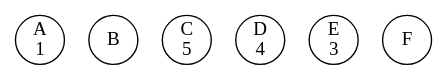
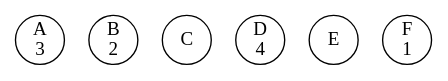
One commit to li23179/GO changed the diagram in concurrency-lab-2/bank/out/0000000003.gv. Above: the diagram before and after it, drawn with Graphviz. The commit also changed 24 other files, not shown here.

```diff
--- a/concurrency-lab-2/bank/out/0000000003.gv
+++ b/concurrency-lab-2/bank/out/0000000003.gv
@@ -1,8 +1,8 @@
 digraph bank {
-	 0 [label= "A\n1" , pos= "1,0!" , shape=circle, fixedsize=true, width=0.5 ]
-	 1 [label= "B\n" , pos= "0,1!" , shape=circle, fixedsize=true, width=0.5 ]
-	 2 [label= "C\n5" , pos= "1,2!" , shape=circle, fixedsize=true, width=0.5 ]
+	 0 [label= "A\n3" , pos= "1,0!" , shape=circle, fixedsize=true, width=0.5 ]
+	 1 [label= "B\n2" , pos= "0,1!" , shape=circle, fixedsize=true, width=0.5 ]
+	 2 [label= "C\n" , pos= "1,2!" , shape=circle, fixedsize=true, width=0.5 ]
 	 3 [label= "D\n4" , pos= "2,2!" , shape=circle, fixedsize=true, width=0.5 ]
-	 4 [label= "E\n3" , pos= "3,1!" , shape=circle, fixedsize=true, width=0.5 ]
-	 5 [label= "F\n" , pos= "2,0!" , shape=circle, fixedsize=true, width=0.5 ]
+	 4 [label= "E\n" , pos= "3,1!" , shape=circle, fixedsize=true, width=0.5 ]
+	 5 [label= "F\n1" , pos= "2,0!" , shape=circle, fixedsize=true, width=0.5 ]
 }
```
